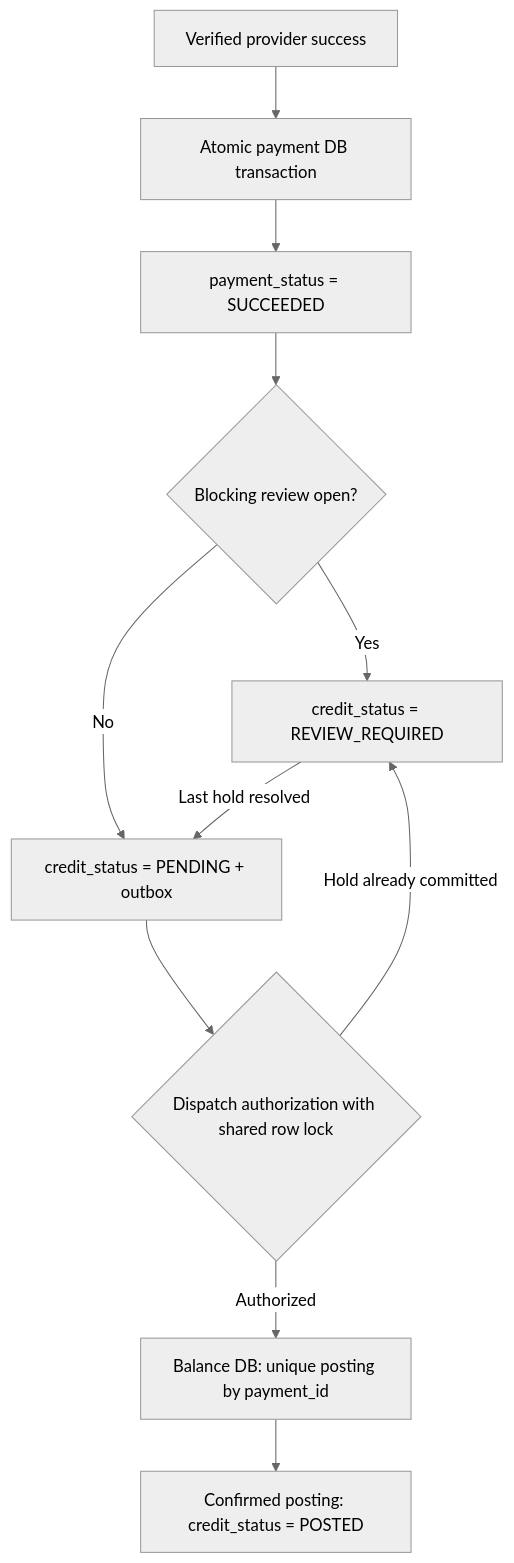
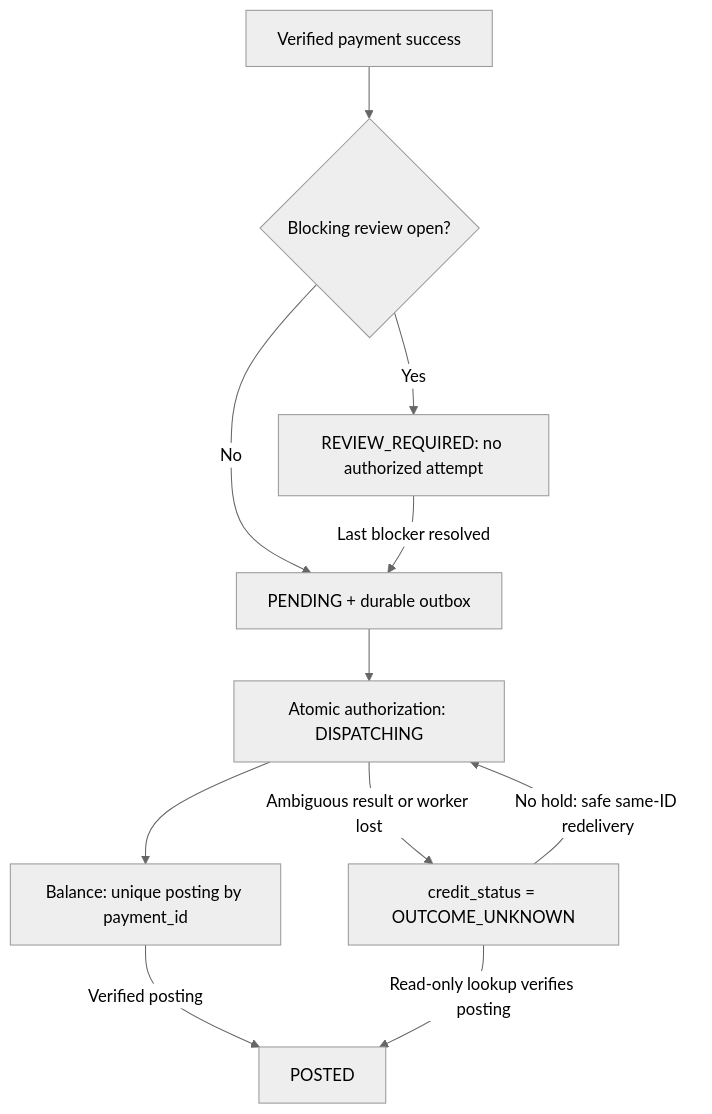
One commit to YuliaMelekhova/inside-the-spec changed the diagram in episodes/01-payment-timeout/artifacts/payment-review-credit.en.mmd. Above: the diagram before and after it, drawn with Mermaid (neutral theme). The commit also changed 35 other files, not shown here.

Commit message:
Clarify credit uncertainty and recovery in Case 01 v0.4

```diff
--- a/episodes/01-payment-timeout/artifacts/payment-review-credit.en.mmd
+++ b/episodes/01-payment-timeout/artifacts/payment-review-credit.en.mmd
@@ -1,13 +1,13 @@
-%% Inside the Spec – Real Scenarios. Working Artifacts. Decisions That Matter.
-%% Case: 01; Author: Yulia Melekhova; Version: 0.3; Language: en; Status: Draft
+%% Inside the Spec – Realistic Scenarios. Working Artifacts. Decisions That Matter.
+%% Case: 01; Author: Yulia Melekhova; Version: 0.4; Language: en; Status: Draft
 flowchart TD
-    P["Verified provider success"] --> T["Atomic payment DB transaction"]
-    T --> S["payment_status = SUCCEEDED"]
-    S --> G{"Blocking review open?"}
-    G -->|Yes| H["credit_status = REVIEW_REQUIRED"]
-    G -->|No| O["credit_status = PENDING + outbox"]
-    H -->|Last hold resolved| O
-    O --> A{"Dispatch authorization with shared row lock"}
-    A -->|Hold already committed| H
-    A -->|Authorized| B["Balance DB: unique posting by payment_id"]
-    B --> C["Confirmed posting: credit_status = POSTED"]
+    S["Verified payment success"] --> G{"Blocking review open?"}
+    G -->|Yes| H["REVIEW_REQUIRED: no authorized attempt"]
+    G -->|No| Q["PENDING + durable outbox"]
+    H -->|Last blocker resolved| Q
+    Q --> A["Atomic authorization: DISPATCHING"]
+    A --> B["Balance: unique posting by payment_id"]
+    B -->|Verified posting| P["POSTED"]
+    A -->|Ambiguous result or worker lost| U["credit_status = OUTCOME_UNKNOWN"]
+    U -->|Read-only lookup verifies posting| P
+    U -->|No hold: safe same-ID redelivery| A
```
